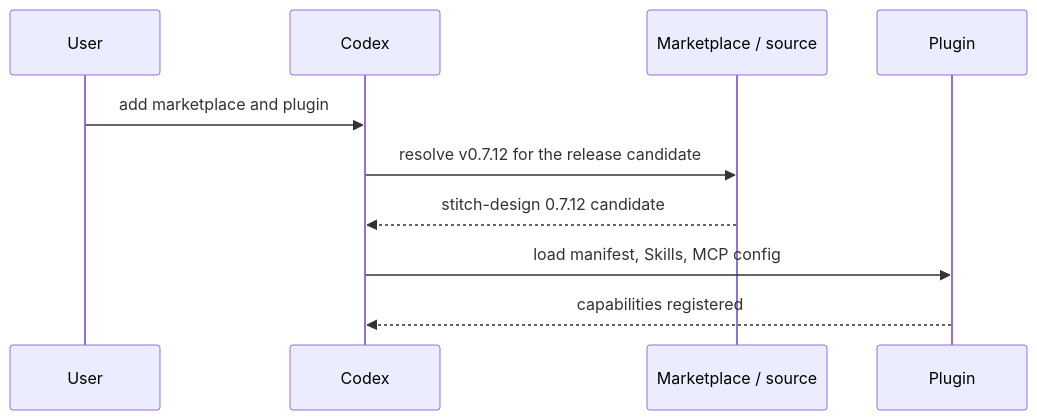
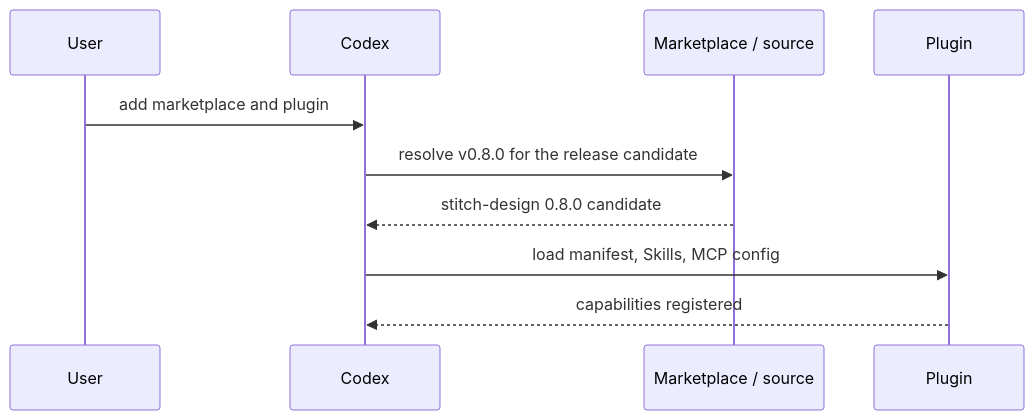
Before and after one commit to full-stack-plugins/stitch-design-plugin: the seventh of 11 diagrams in docs/Stitch-Design-Architecture.md, drawn with Mermaid. The commit also changed other lines of this file and 9 other files, not shown here.

````diff
--- a/docs/Stitch-Design-Architecture.md
+++ b/docs/Stitch-Design-Architecture.md
@@ -175,12 +175,12 @@
 ```mermaid
 sequenceDiagram
     participant U as User
     participant C as Codex
     participant M as Marketplace / source
     participant P as Plugin
     U->>C: add marketplace and plugin
-    C->>M: resolve v0.7.12 for the release candidate
-    M-->>C: stitch-design 0.7.12 candidate
+    C->>M: resolve v0.8.0 for the release candidate
+    M-->>C: stitch-design 0.8.0 candidate
     C->>P: load manifest, Skills, MCP config
     P-->>C: capabilities registered
 ```
````
